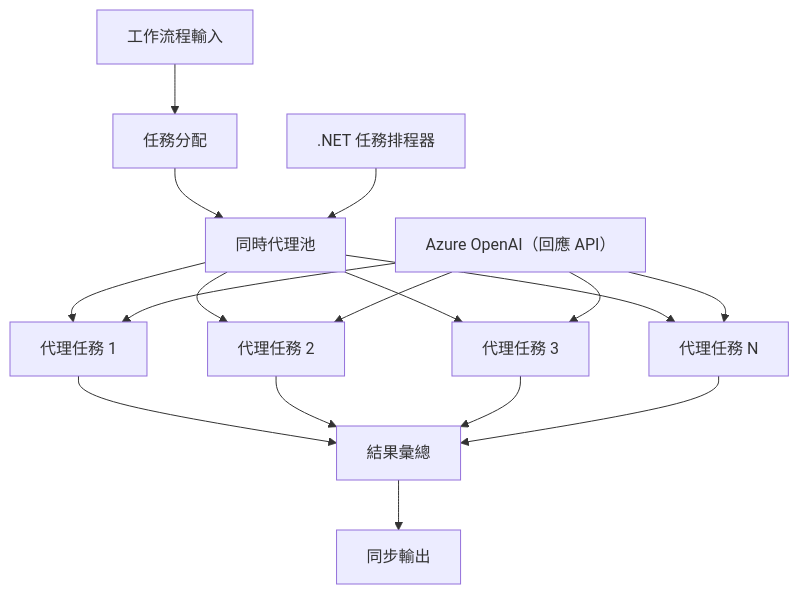
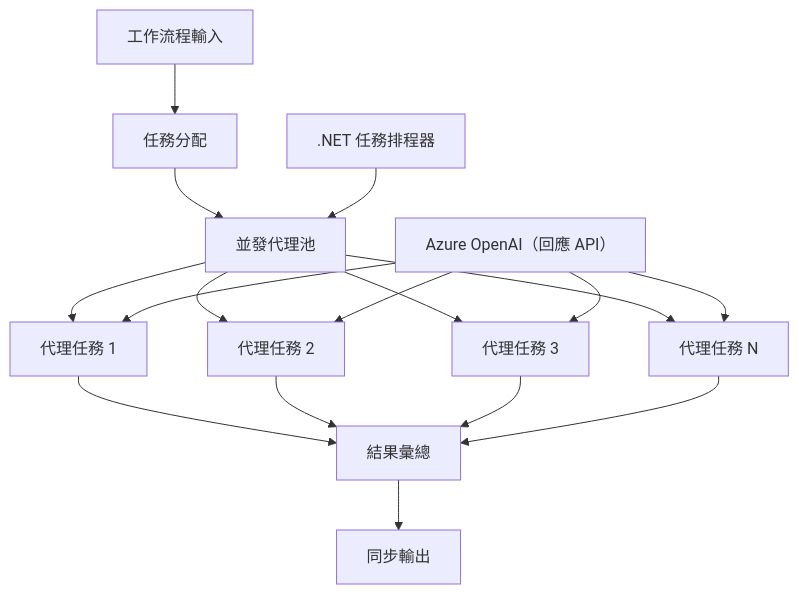
One commit to venturemavenwill/azureaifundamentals changed the diagram in translations/zh-HK/08-multi-agent/code_samples/workflows-agent-framework/dotNET/03.dotnet-agent-framework-workflow-ghmodel-concurrent.md. Above: the diagram before and after it, drawn with Mermaid. The commit also changed other lines of this file and 145 other files, not shown here.

````diff
--- a/translations/zh-HK/08-multi-agent/code_samples/workflows-agent-framework/dotNET/03.dotnet-agent-framework-workflow-ghmodel-concurrent.md
+++ b/translations/zh-HK/08-multi-agent/code_samples/workflows-agent-framework/dotNET/03.dotnet-agent-framework-workflow-ghmodel-concurrent.md
@@ -69,23 +69,23 @@
 ```mermaid
 graph TD
     A[工作流程輸入] --> B[任務分配]
-    B --> C[同時代理池]
+    B --> C[並發代理池]
     C --> D[代理任務 1]
     C --> E[代理任務 2]
     C --> F[代理任務 3]
     C --> G[代理任務 N]
     
     D --> H[結果彙總]
     E --> H
     F --> H
     G --> H
     
     H --> I[同步輸出]
     
     J[Azure OpenAI（回應 API）] --> D
     J --> E
     J --> F
     J --> G
     
     K[.NET 任務排程器] --> C
 ```
````
